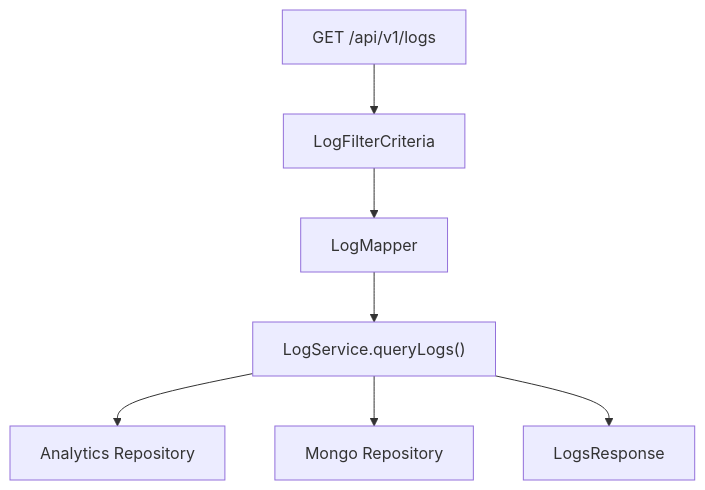
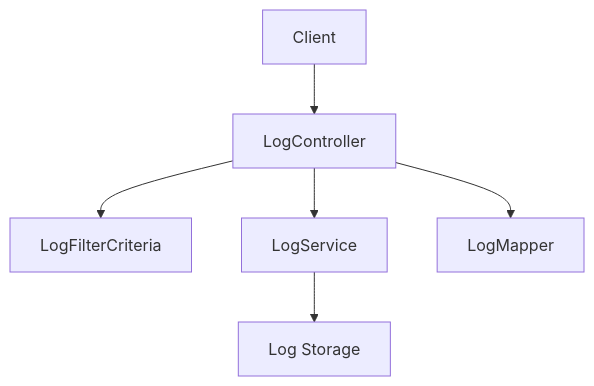
The fifth of 8 diagrams in docs/architecture/external-api-service-core/external-api-service-core.md (Praesto-Pro/openframe-oss-tenant), drawn with Mermaid before and after one commit. The commit also changed other lines of this file and 174 other files, not shown here.

````diff
--- a/docs/architecture/external-api-service-core/external-api-service-core.md
+++ b/docs/architecture/external-api-service-core/external-api-service-core.md
@@ -217,9 +220,8 @@
 ```mermaid
 flowchart TD
-    ClientReq["GET /api/v1/logs"] --> Criteria["LogFilterCriteria"]
-    Criteria --> Mapper["LogMapper"]
-    Mapper --> Service["LogService.queryLogs()"]
-    Service --> Pinot["Analytics Repository"]
-    Service --> Mongo["Mongo Repository"]
-    Service --> Resp["LogsResponse"]
+    Client --> LogController
+    LogController --> LogFilterCriteria
+    LogController --> LogService
+    LogService --> LogStorage["Log Storage"]
+    LogController --> LogMapper
 ```
````
